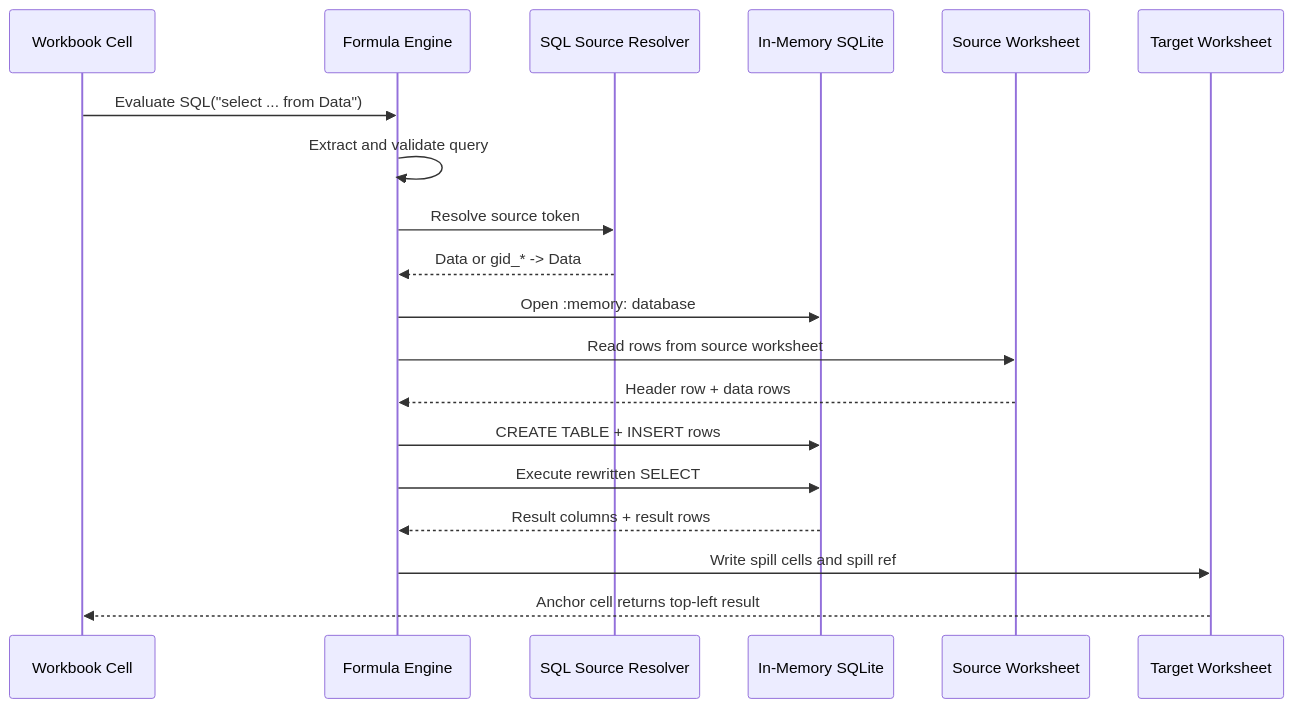
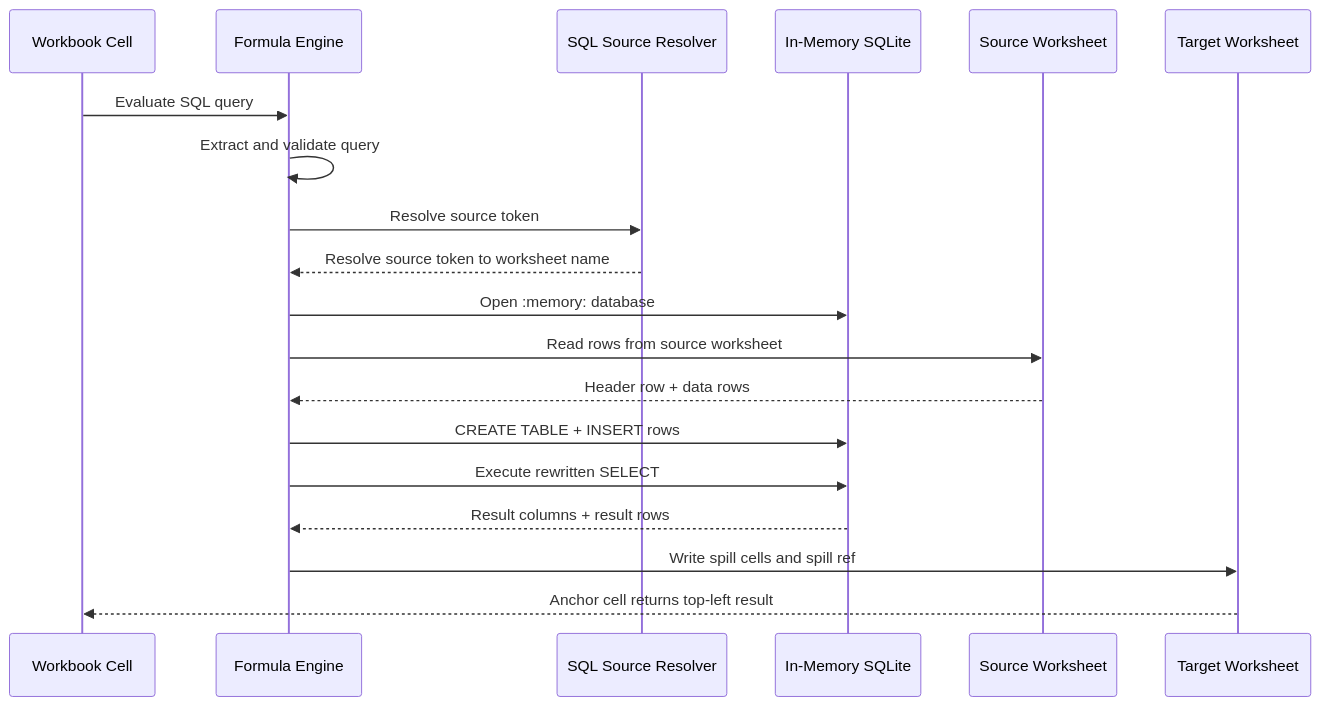
The second of 3 diagrams in sql-formula-architecture.md (NoKnow606/excelize), drawn with Mermaid before and after one commit. The commit also changed other lines of this file, not shown here.

````diff
--- a/sql-formula-architecture.md
+++ b/sql-formula-architecture.md
@@ -63,22 +63,22 @@
 ```mermaid
 sequenceDiagram
     participant User as Workbook Cell
     participant Engine as Formula Engine
     participant Resolver as SQL Source Resolver
     participant SQLite as In-Memory SQLite
     participant Sheet as Source Worksheet
     participant Target as Target Worksheet
 
-    User->>Engine: Evaluate SQL("select ... from Data")
+    User->>Engine: Evaluate SQL query
     Engine->>Engine: Extract and validate query
     Engine->>Resolver: Resolve source token
-    Resolver-->>Engine: Data or gid_* -> Data
+    Resolver-->>Engine: Resolve source token to worksheet name
     Engine->>SQLite: Open :memory: database
     Engine->>Sheet: Read rows from source worksheet
     Sheet-->>Engine: Header row + data rows
     Engine->>SQLite: CREATE TABLE + INSERT rows
     Engine->>SQLite: Execute rewritten SELECT
     SQLite-->>Engine: Result columns + result rows
     Engine->>Target: Write spill cells and spill ref
     Target-->>User: Anchor cell returns top-left result
 ```
````
